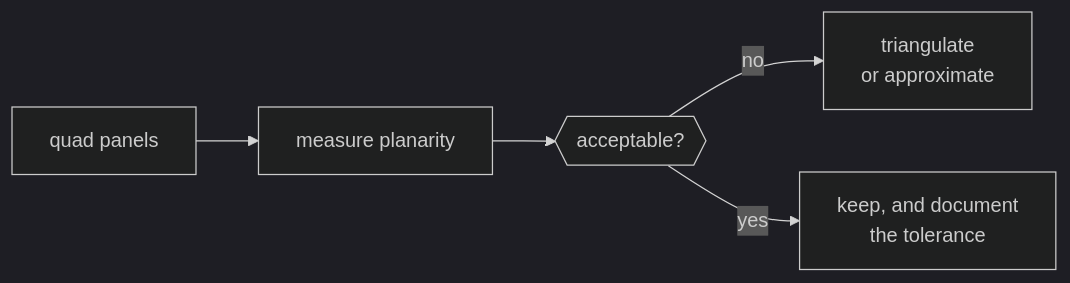
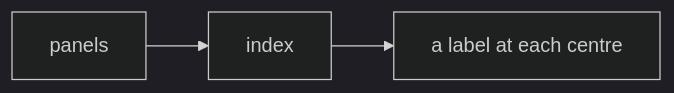
Before and after one commit to rccn-teaching/cdf: the fourth of 4 diagrams in Lecture/Week_11/goals.md, drawn with Mermaid (dark theme). The commit also changed other lines of this file and 23 other files, not shown here.

Commit message:
Refactor lecture materials for Weeks 13-15: update README and goals to enhance clarity and structure; adjust session objectives and commands; improve flowcharts and voting processes for better engagement and understanding.

````diff
--- a/Lecture/Week_11/goals.md
+++ b/Lecture/Week_11/goals.md
@@ -46,7 +79,7 @@
 ```mermaid
 flowchart LR
-    Q["quad panels"] --> M["measure planarity"]
-    M --> D{{"acceptable?"}}
-    D -->|no| T["triangulate<br/>or approximate"]
-    D -->|yes| K["keep, and document<br/>the tolerance"]
+    I0["panels"]
+    X1["index"]
+    T2["a label at each centre"]
+    I0 --> X1 --> T2
 ```
````
